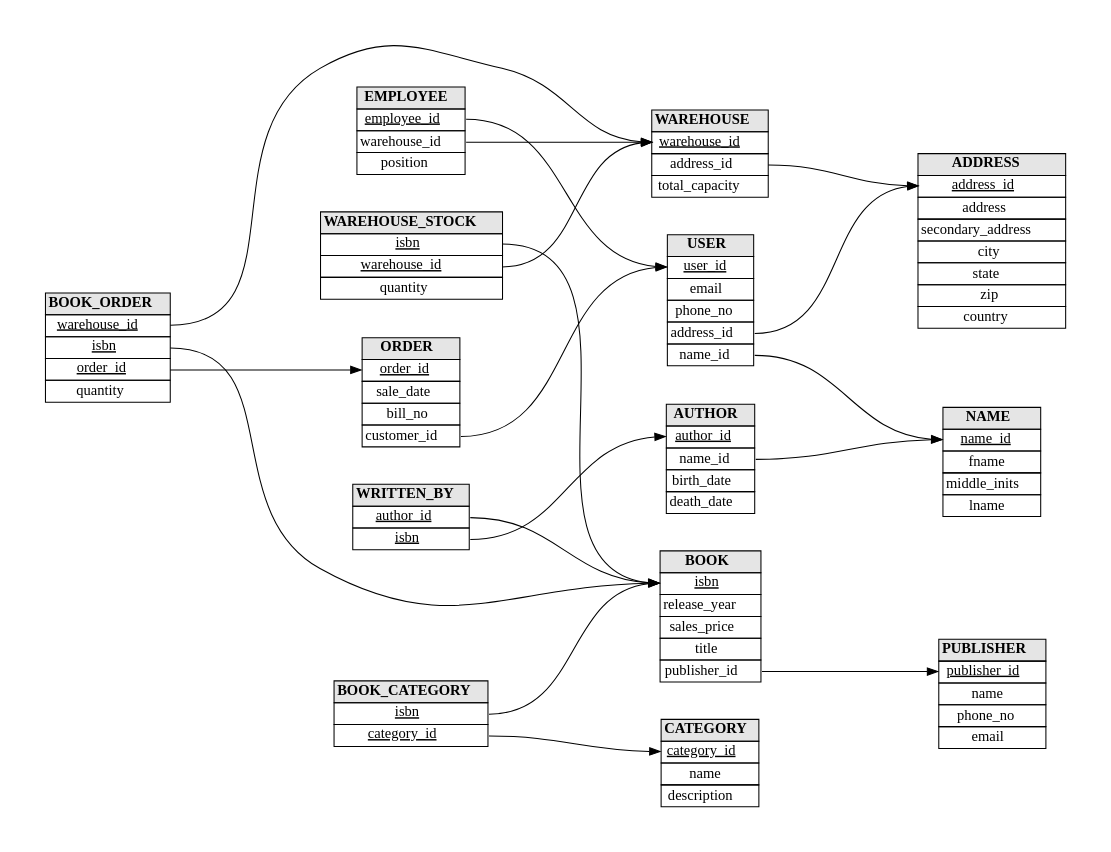
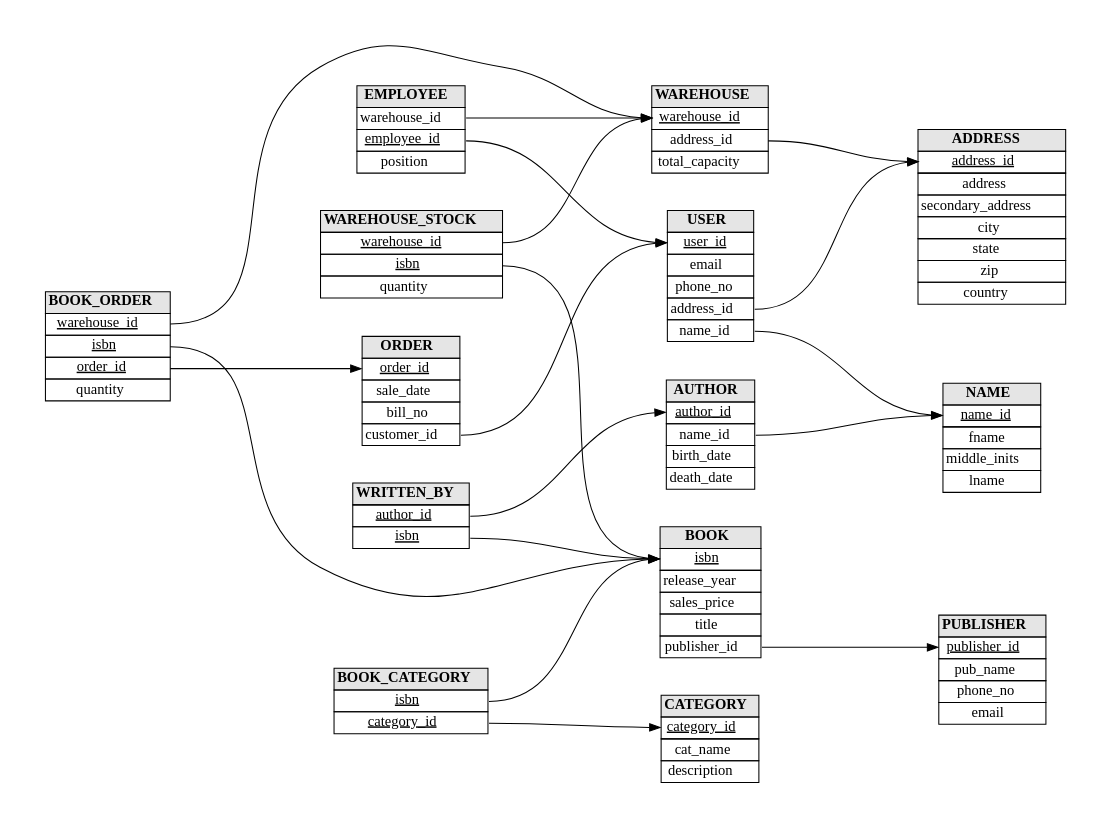
Before and after one commit to CPort28/Bits_And_Books_DB: the diagram in Diagrams/RelationalModel.gv, drawn with Graphviz. The commit also changed 33 other files, not shown here.

Commit message:
Added new views and updated diagrams

```diff
--- a/Diagrams/RelationalModel.gv
+++ b/Diagrams/RelationalModel.gv
@@ -1,153 +1,153 @@
 digraph Relational {
     
     graph [pad="0.5", nodesep="0.5", ranksep="2"];
     node [shape=plain]
     rankdir=LR;
     
     
     /// Creating entities
     WAREHOUSE_STOCK  [label=<
         <table border="0" cellborder="1" cellspacing="0">
         <tr><td bgcolor="gray90"><b>WAREHOUSE_STOCK</b></td></tr>
+            <tr><td port="2"><u>warehouse_id</u></td></tr>
             <tr><td port="1"><u>isbn</u></td></tr>
-            <tr><td port="2"><u>warehouse_id</u></td></tr>
             <tr><td port="3">quantity</td></tr>
         </table>>];
 
     WAREHOUSE  [label=<
         <table border="0" cellborder="1" cellspacing="0">
         <tr><td bgcolor="gray90"><b>WAREHOUSE</b></td></tr>
             <tr><td port="1"><u>warehouse_id</u></td></tr>
             <tr><td port="2">address_id</td></tr>
             <tr><td port="3">total_capacity</td></tr>
 
         </table>>];
 
     EMPLOYEE  [label=<
         <table border="0" cellborder="1" cellspacing="0">
         <tr><td bgcolor="gray90"><b>EMPLOYEE</b></td></tr>
+            <tr><td port="2">warehouse_id</td></tr>
             <tr><td port="1"><u>employee_id</u></td></tr>
-            <tr><td port="2">warehouse_id</td></tr>
             <tr><td port="3">position</td></tr>
         </table>>];
 
     ADDRESS  [label=<
         <table border="0" cellborder="1" cellspacing="0">
         <tr><td bgcolor="gray90"><b>ADDRESS</b></td></tr>
             <tr><td port="1"><u>address_id</u></td></tr>
             <tr><td port="2">address</td></tr>
             <tr><td port="3">secondary_address</td></tr>
             <tr><td port="4">city</td></tr>
             <tr><td port="5">state</td></tr>
             <tr><td port="6">zip</td></tr>
             <tr><td port="7">country</td></tr>
         </table>>];
 
     USER  [label=<
         <table border="0" cellborder="1" cellspacing="0">
         <tr><td bgcolor="gray90"><b>USER</b></td></tr>
             <tr><td port="1"><u>user_id</u></td></tr>
             <tr><td port="2">email</td></tr>
             <tr><td port="3">phone_no</td></tr>
             <tr><td port="4">address_id</td></tr>
             <tr><td port="5">name_id</td></tr>
         </table>>];
 
     ORDER  [label=<
         <table border="0" cellborder="1" cellspacing="0">
         <tr><td bgcolor="gray90"><b>ORDER</b></td></tr>
             <tr><td port="1"><u>order_id</u></td></tr>
             <tr><td port="2">sale_date</td></tr>
             <tr><td port="3">bill_no</td></tr>
             <tr><td port="4">customer_id</td></tr>
         </table>>];
 
     BOOK_ORDER  [label=<
         <table border="0" cellborder="1" cellspacing="0">
         <tr><td bgcolor="gray90"><b>BOOK_ORDER</b></td></tr>
             <tr><td port="1"><u>warehouse_id</u></td></tr>
             <tr><td port="2"><u>isbn</u></td></tr>
             <tr><td port="3"><u>order_id</u></td></tr>
             <tr><td port="4">quantity</td></tr>
         </table>>];
 
     BOOK  [label=<
         <table border="0" cellborder="1" cellspacing="0">
         <tr><td bgcolor="gray90"><b>BOOK</b></td></tr>
             <tr><td port="1"><u>isbn</u></td></tr>
             <tr><td port="2">release_year</td></tr>
             <tr><td port="3">sales_price</td></tr>
             <tr><td port="4">title</td></tr>
             <tr><td port="5">publisher_id</td></tr>
         </table>>];
 
     PUBLISHER  [label=<
         <table border="0" cellborder="1" cellspacing="0">
         <tr><td bgcolor="gray90"><b>PUBLISHER</b></td></tr>
             <tr><td port="1"><u>publisher_id</u></td></tr>
-            <tr><td port="2">name</td></tr>
+            <tr><td port="2">pub_name</td></tr>
             <tr><td port="3">phone_no</td></tr>
             <tr><td port="4">email</td></tr>
         </table>>];
     
     WRITTEN_BY  [label=<
         <table border="0" cellborder="1" cellspacing="0">
         <tr><td bgcolor="gray90"><b>WRITTEN_BY</b></td></tr>
-            <tr><td port="1"><u>author_id</u></td></tr>
-            <tr><td port="2"><u>isbn</u></td></tr>
+            <tr><td port="2"><u>author_id</u></td></tr>
+            <tr><td port="1"><u>isbn</u></td></tr>
         </table>>];
 
     BOOK_CATEGORY  [label=<
         <table border="0" cellborder="1" cellspacing="0">
         <tr><td bgcolor="gray90"><b>BOOK_CATEGORY</b></td></tr>
             <tr><td port="1"><u>isbn</u></td></tr>
             <tr><td port="2"><u>category_id</u></td></tr>
         </table>>];
 
     CATEGORY  [label=<
         <table border="0" cellborder="1" cellspacing="0">
         <tr><td bgcolor="gray90"><b>CATEGORY</b></td></tr>
             <tr><td port="1"><u>category_id</u></td></tr>
-            <tr><td port="2">name</td></tr>
+            <tr><td port="2">cat_name</td></tr>
             <tr><td port="3">description</td></tr>
         </table>>];
 
     AUTHOR  [label=<
         <table border="0" cellborder="1" cellspacing="0">
         <tr><td bgcolor="gray90"><b>AUTHOR</b></td></tr>
             <tr><td port="1"><u>author_id</u></td></tr>
             <tr><td port="2">name_id</td></tr>
             <tr><td port="3">birth_date</td></tr>
             <tr><td port="4">death_date</td></tr>
         </table>>];
 
     NAME  [label=<
         <table border="0" cellborder="1" cellspacing="0">
         <tr><td bgcolor="gray90"><b>NAME</b></td></tr>
             <tr><td port="1"><u>name_id</u></td></tr>
             <tr><td port="2">fname</td></tr>
             <tr><td port="3">middle_inits</td></tr>
             <tr><td port="4">lname</td></tr>
         </table>>];
 
     /// Creating connections
     WAREHOUSE_STOCK:1 -> BOOK:1;
     WAREHOUSE_STOCK:2 -> WAREHOUSE:1;
     WAREHOUSE:2 -> ADDRESS:1;
     EMPLOYEE:1 -> USER:1;
     EMPLOYEE:2 -> WAREHOUSE:1;
     USER:4 -> ADDRESS:1;
     USER:5 -> NAME:1;
     ORDER:4 -> USER:1;
     BOOK_ORDER:1 -> WAREHOUSE:1;
     BOOK_ORDER:2 -> BOOK:1;
     BOOK_ORDER:3 -> ORDER:1;
     BOOK:5 -> PUBLISHER:1;
     WRITTEN_BY:1 -> BOOK:1;
     WRITTEN_BY:2 -> AUTHOR:1;
     BOOK_CATEGORY:1 -> BOOK:1;
     BOOK_CATEGORY:2 -> CATEGORY:1;
     AUTHOR:2 -> NAME:1;
 
 
 }
```
